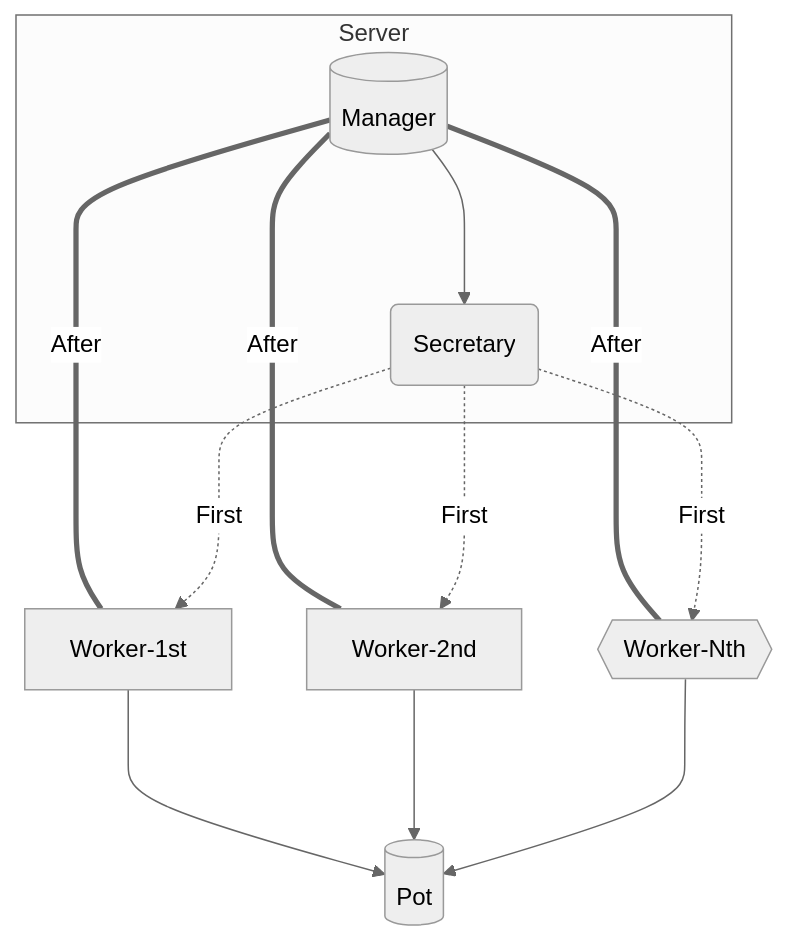
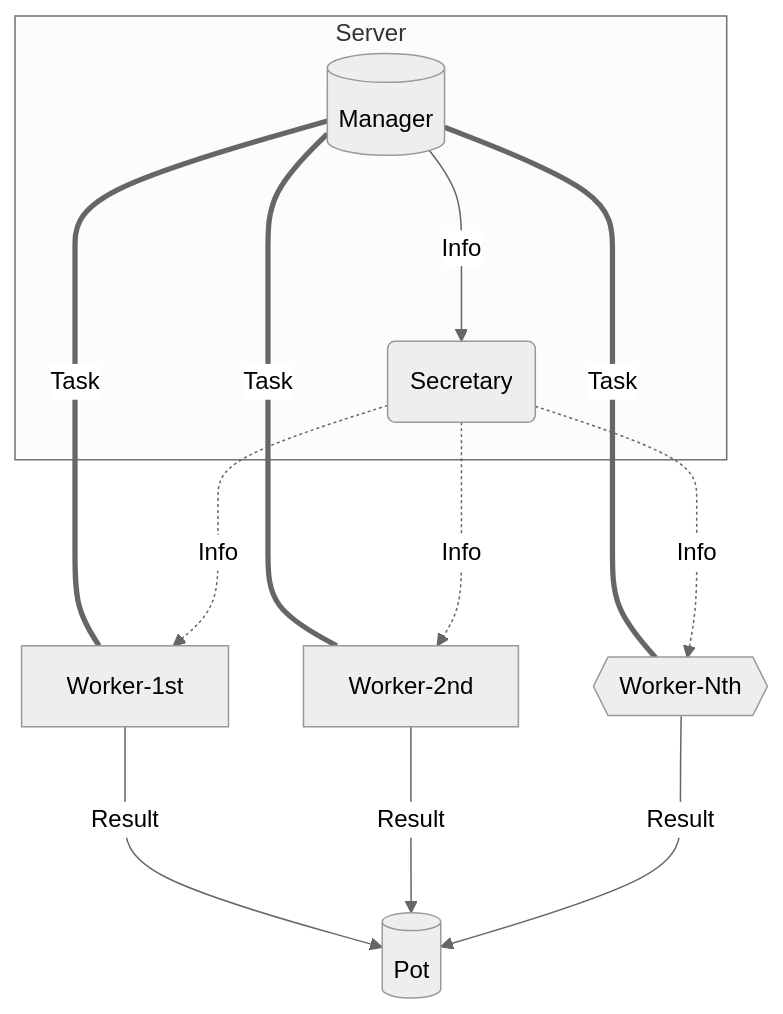
One commit to szZzr/Lattice-SVP changed the diagram in README.md. Above: the diagram before and after it, drawn with Mermaid (neutral theme). The commit also changed other lines of this file and 2 other files, not shown here.

````diff
--- a/README.md
+++ b/README.md
@@ -55,9 +71,9 @@
 ```mermaid
 graph TB
 subgraph Server
-	Manager[(Manager)] ---> Secretary(Secretary)
+	Manager[(Manager)] ---> |Info| Secretary(Secretary)
 end
-Manager ==== |After| Worker-1st & Worker-2nd & Worker-Nth{{Worker-Nth}}
-Secretary -..-> |First| Worker-1st & Worker-2nd & Worker-Nth
-Worker-1st & Worker-2nd & Worker-Nth ---> Pot[(Pot)]
+Manager ==== |Task| Worker-1st & Worker-2nd & Worker-Nth{{Worker-Nth}}
+Secretary -..-> |Info| Worker-1st & Worker-2nd & Worker-Nth
+Worker-1st & Worker-2nd & Worker-Nth ---> |Result| Pot[(Pot)]
 ```
````
